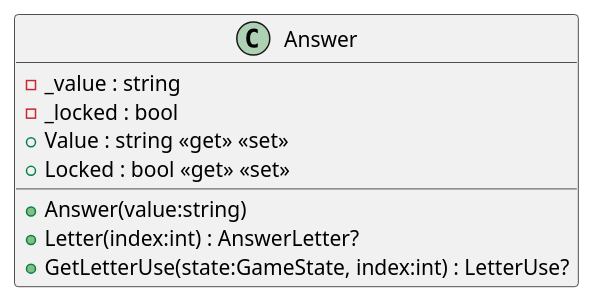
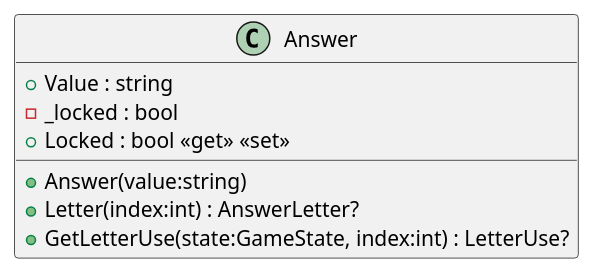
Before and after one commit to Caellian/UNIRI_OP_project: the diagram in PlantUML/Model/Answer.puml, drawn with PlantUML. The commit also changed 22 other files, not shown here.

```diff
--- a/PlantUML/Model/Answer.puml
+++ b/PlantUML/Model/Answer.puml
@@ -1,11 +1,10 @@
 @startuml
 class Answer {
-    - _value : string
+    + Value : string
     - _locked : bool
-    + Value : string <<get>> <<set>>
     + Locked : bool <<get>> <<set>>
     + Answer(value:string)
     + Letter(index:int) : AnswerLetter?
     + GetLetterUse(state:GameState, index:int) : LetterUse?
 }
 @enduml
```
